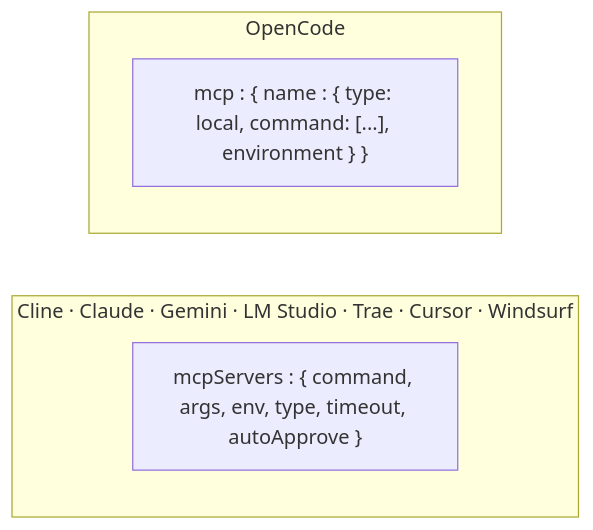
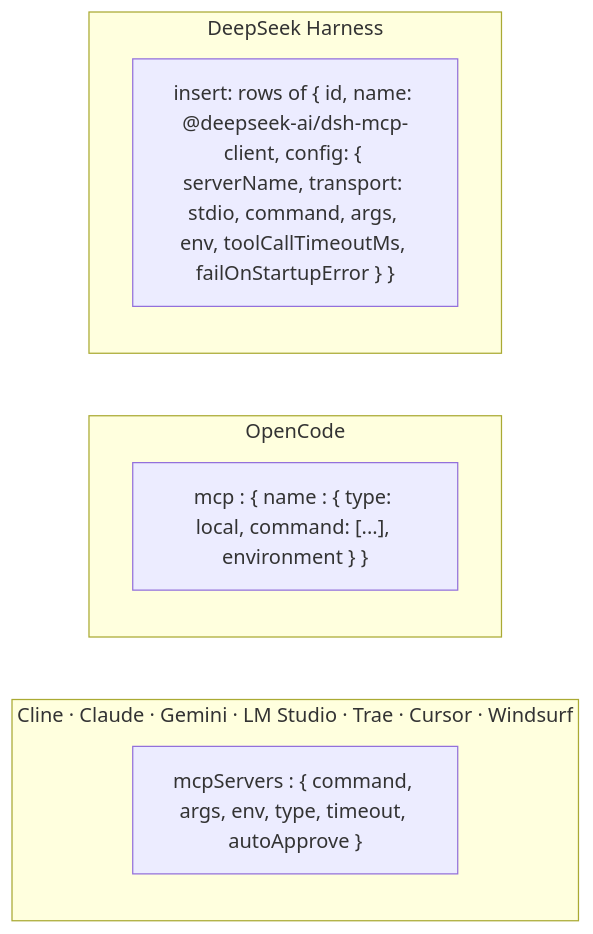
Before and after one commit to drb253/research-stack: the seventh of 7 diagrams in README.md, drawn with Mermaid. The commit also changed other lines of this file and 5 other files, not shown here.

First line of the commit message:
feat(dsh): make DeepSeek Harness a first-class install target

````diff
--- a/README.md
+++ b/README.md
@@ -1295,9 +1296,12 @@
 ```mermaid
 flowchart LR
     subgraph A["Cline · Claude · Gemini · LM Studio · Trae · Cursor · Windsurf"]
         J["mcpServers : { command, args, env, type, timeout, autoApprove }"]
     end
     subgraph B["OpenCode"]
         O["mcp : { name : { type: local, command: [...], environment } }"]
     end
+    subgraph C["DeepSeek Harness"]
+        D["insert: rows of { id, name: @deepseek-ai/dsh-mcp-client, config: { serverName, transport: stdio, command, args, env, toolCallTimeoutMs, failOnStartupError } }"]
+    end
 ```
````
